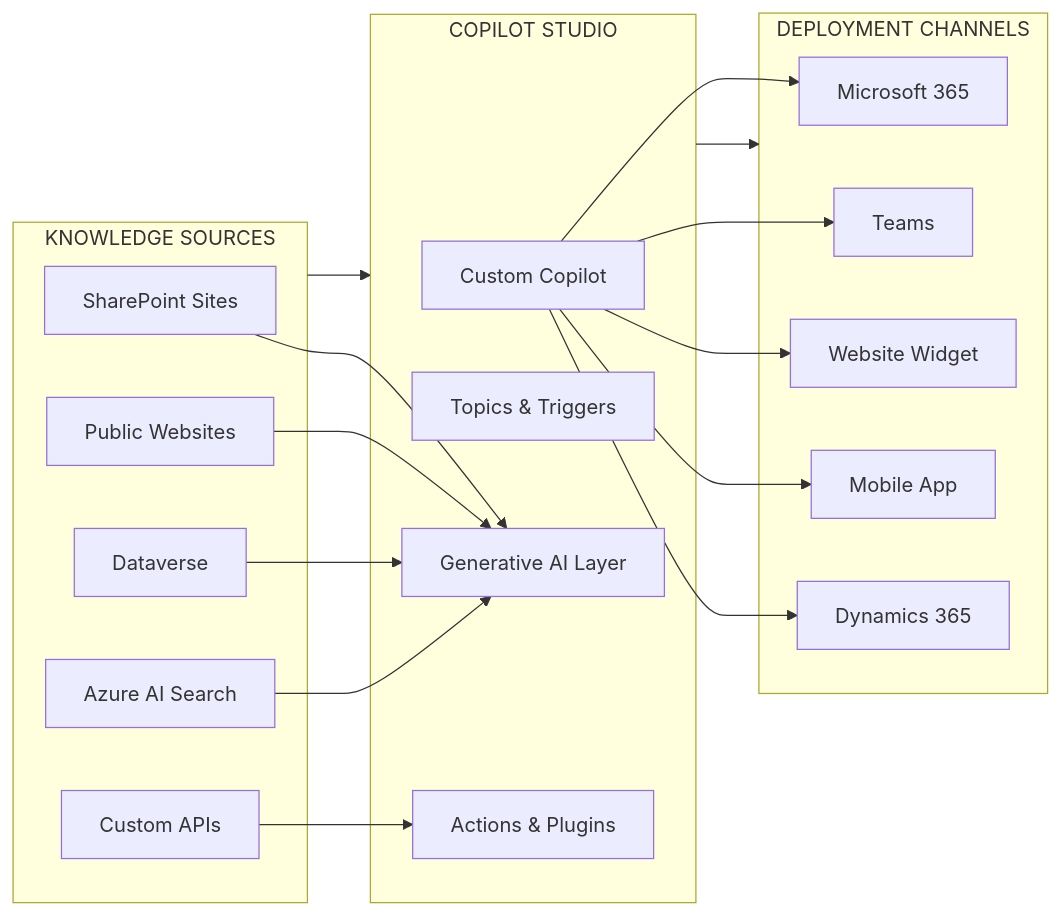
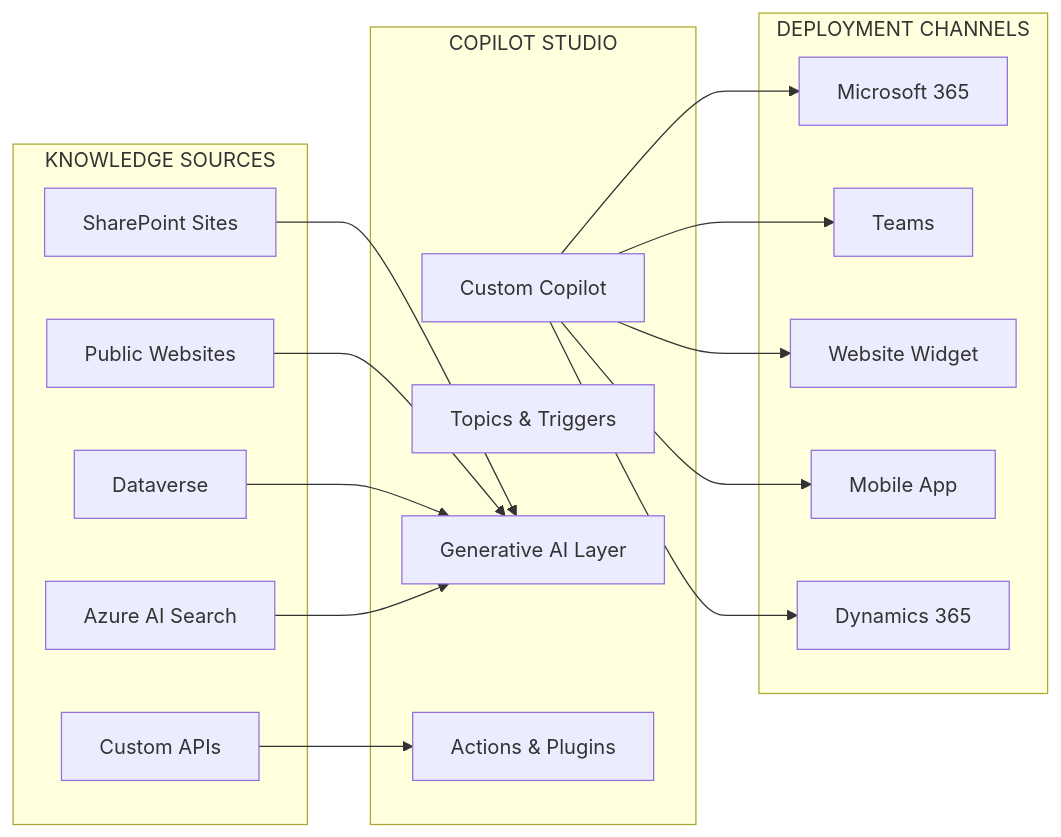
One commit to frootai/frootai changed the third of 7 diagrams in docs/Copilot-Ecosystem.md. Above: the diagram before and after it, drawn with Mermaid. The commit also changed other lines of this file and 15 other files, not shown here.

Commit message:
docs: harden learning module diagrams

````diff
--- a/docs/Copilot-Ecosystem.md
+++ b/docs/Copilot-Ecosystem.md
@@ -219,39 +218,37 @@
 ```mermaid
 graph LR
     subgraph Sources["KNOWLEDGE SOURCES"]
         SP["SharePoint Sites"]
         WEB["Public Websites"]
         DS["Dataverse"]
         AIS["Azure AI Search"]
         CUS["Custom APIs"]
     end
 
     subgraph Studio["COPILOT STUDIO"]
         BOT["Custom Copilot"]
         TOP["Topics & Triggers"]
         GEN["Generative AI Layer"]
         ACT["Actions & Plugins"]
     end
 
     subgraph Channels["DEPLOYMENT CHANNELS"]
         M365["Microsoft 365"]
         TEAMS["Teams"]
         WEB2["Website Widget"]
         MOB["Mobile App"]
         CRM["Dynamics 365"]
     end
 
-    Sources --> Studio
     SP --> GEN
     WEB --> GEN
     DS --> GEN
     AIS --> GEN
     CUS --> ACT
 
-    Studio --> Channels
     BOT --> TEAMS
     BOT --> WEB2
     BOT --> MOB
     BOT --> M365
     BOT --> CRM
 ```
````
